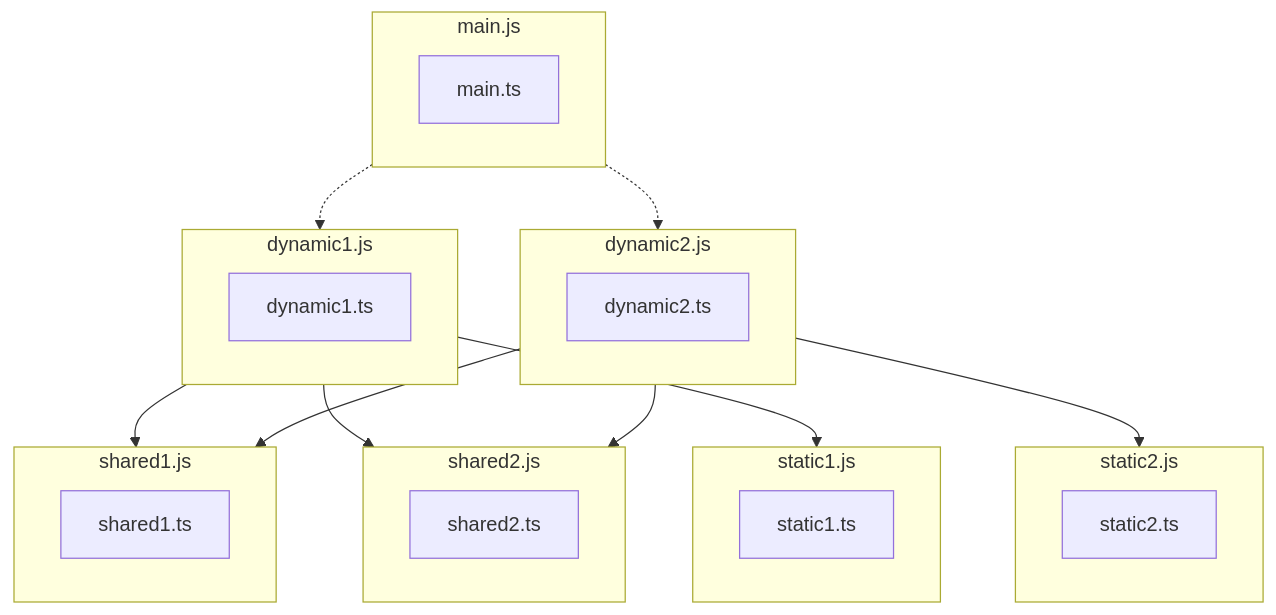
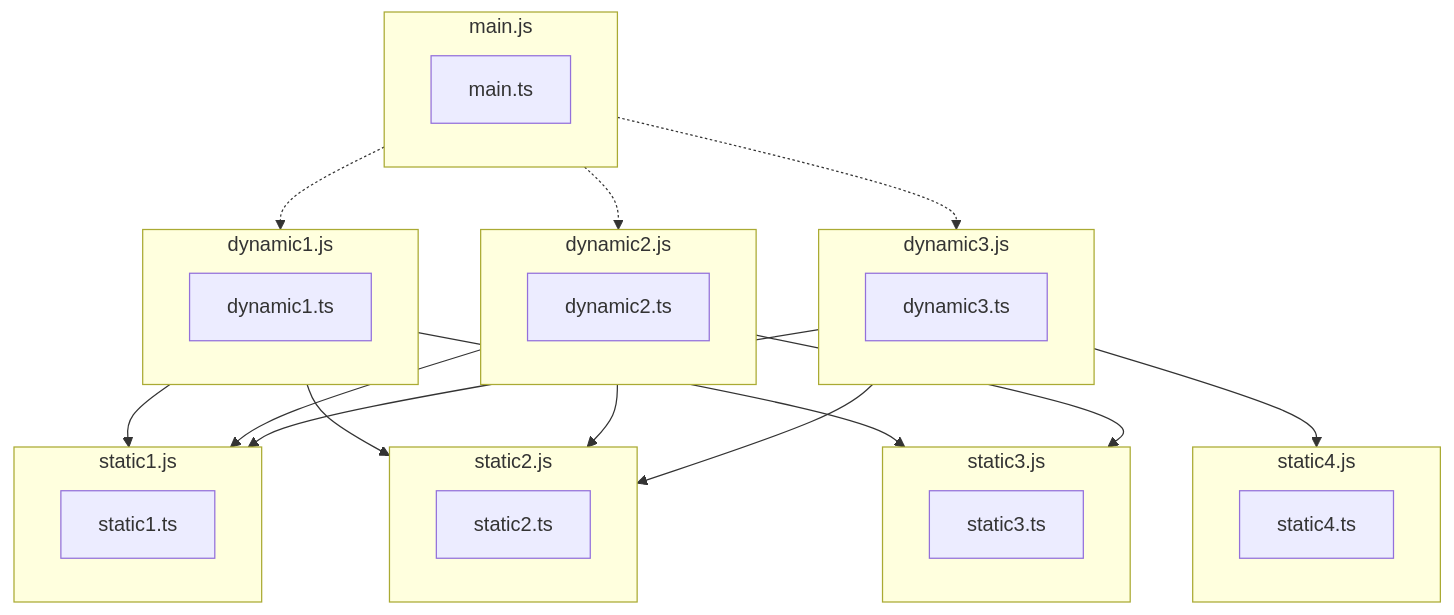
One commit to push-based/ngx-build changed the third of 4 diagrams in problem-statements.md. Above: the diagram before and after it, drawn with Mermaid. The commit also changed other lines of this file, not shown here.

Commit message:
fix: add more docs

````diff
--- a/problem-statements.md
+++ b/problem-statements.md
@@ -79,50 +78,52 @@
 ```mermaid
 graph TD
     main.ts
     dynamic1.ts
     dynamic2.ts
-    shared1.ts
-    shared2.ts
+    dynamic3.ts
     static1.ts
     static2.ts
+    static3.ts
+    static4.ts
 
     subgraph main.js
         main.ts
     end
-
     subgraph dynamic1.js
         dynamic1.ts
     end
-
     subgraph dynamic2.js
         dynamic2.ts
     end
-
-    subgraph shared1.js
-        shared1.ts
+    subgraph dynamic3.js
+        dynamic3.ts
     end
-
-    subgraph shared2.js
-        shared2.ts
-    end
-
     subgraph static1.js
         static1.ts
     end
-
     subgraph static2.js
         static2.ts
+    end
+    subgraph static3.js
+        static3.ts
+    end
+    subgraph static4.js
+        static4.ts
     end
 
     main.js -.-> dynamic1.js
     main.js -.-> dynamic2.js
-
-    dynamic1.js --> shared1.js
-    dynamic2.js --> shared1.js
-
-    dynamic1.js --> shared2.js
-    dynamic2.js --> shared2.js
+    main.js -.-> dynamic3.js
 
     dynamic1.js --> static1.js
+    dynamic1.js --> static2.js
+    dynamic1.js --> static3.js
+
+    dynamic2.js --> static1.js
     dynamic2.js --> static2.js
+    dynamic2.js --> static3.js
+
+    dynamic3.js --> static1.js
+    dynamic3.js --> static2.js
+    dynamic3.js --> static4.js
 ```
````
